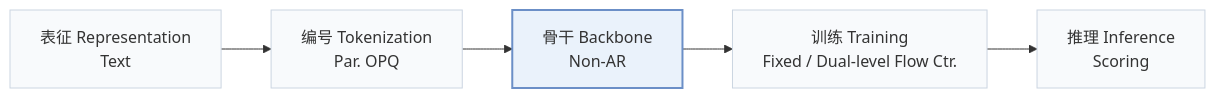
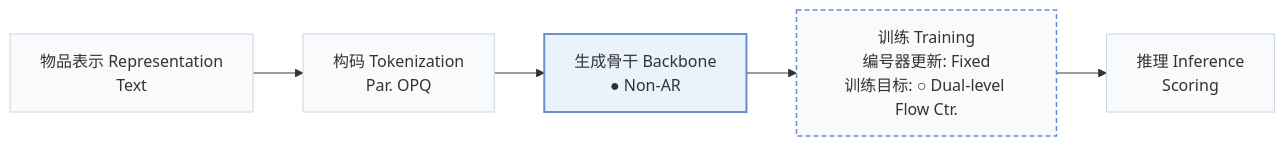
Before and after one commit to Galaxy-ghost/Awesome-SID-Generative-Rec: the first of 2 diagrams in pages/zh/papers/sprint.md, drawn with Mermaid. The commit also changed other lines of this file and 558 other files, not shown here.

````diff
--- a/pages/zh/papers/sprint.md
+++ b/pages/zh/papers/sprint.md
@@ -15,8 +18,10 @@
 ```mermaid
 flowchart LR
-    R["表征 Representation<br/>Text"] --> T["编号 Tokenization<br/>Par. OPQ"] --> B["骨干 Backbone<br/>Non-AR"] --> TR["训练 Training<br/>Fixed / Dual-level Flow Ctr."] --> I["推理 Inference<br/>Scoring"]
+    R["物品表示 Representation<br/>Text"] --> T["构码 Tokenization<br/>Par. OPQ"] --> B["生成骨干 Backbone<br/>● Non-AR"] --> TR["训练 Training<br/>编号器更新: Fixed<br/>训练目标: ○ Dual-level Flow Ctr."] --> I["推理 Inference<br/>Scoring"]
     classDef base fill:#f8fafc,stroke:#cbd5e1
     class R,T,B,TR,I base
+    classDef other fill:#f8fafc,stroke:#6b8fc7,stroke-width:1.5px,stroke-dasharray:5 3
+    class TR other
     classDef main fill:#eaf2fb,stroke:#6b8fc7,stroke-width:2px
     class B main
 ```
````
